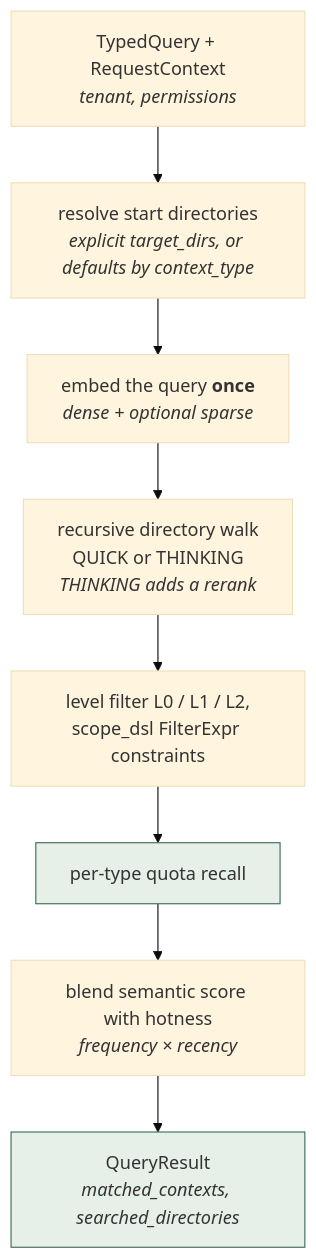
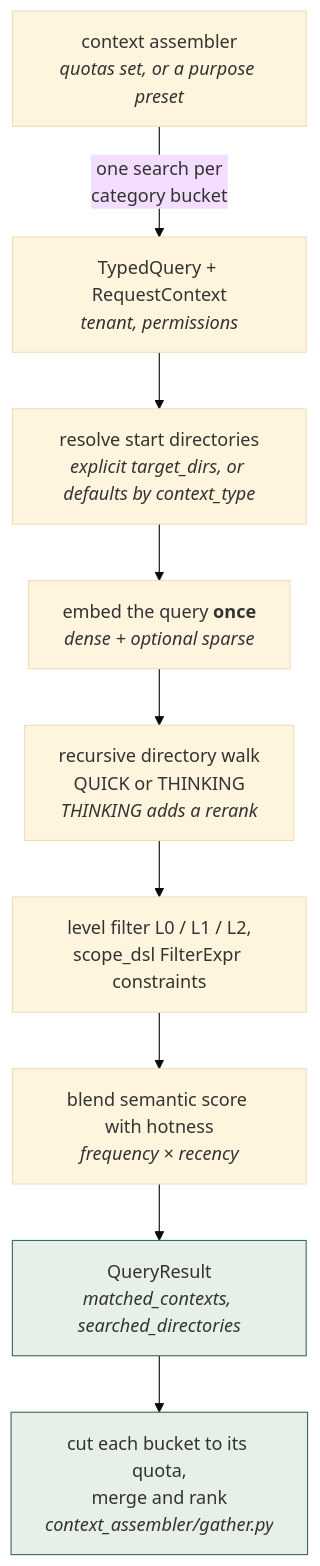
Before and after one commit to neoneye/agent-memory-atlas: the first of 2 diagrams in content/systems/openviking.md, drawn with Mermaid (base theme). The commit also changed other lines of this file and 99 other files, not shown here.

````diff
--- a/content/systems/openviking.md
+++ b/content/systems/openviking.md
@@ -81,14 +81,15 @@
 ```mermaid
-%% caption: the query is embedded once and reused down a recursive directory walk, with per-type quotas before hotness is blended into the score
+%% caption: the query is embedded once and reused down a recursive directory walk with hotness blended in; when quotas are set, the context assembler runs one such search per category bucket and cuts each result to its quota
 flowchart TB
+    QA["context assembler<br/><i>quotas set, or a purpose preset</i>"] -->|"one search per<br/>category bucket"| Q
     Q["TypedQuery + RequestContext<br/><i>tenant, permissions</i>"] --> DIR["resolve start directories<br/><i>explicit target_dirs, or defaults by context_type</i>"]
     DIR --> EMB["embed the query <b>once</b><br/><i>dense + optional sparse</i>"]
     EMB --> WALK["recursive directory walk<br/>QUICK or THINKING<br/><i>THINKING adds a rerank</i>"]
     WALK --> FIL["level filter L0 / L1 / L2,<br/>scope_dsl FilterExpr constraints"]
-    FIL --> QUO["per-type quota recall"]
-    QUO --> BL["blend semantic score with hotness<br/><i>frequency × recency</i>"]
+    FIL --> BL["blend semantic score with hotness<br/><i>frequency × recency</i>"]
     BL --> R["QueryResult<br/><i>matched_contexts, searched_directories</i>"]
+    R --> QUO["cut each bucket to its quota,<br/>merge and rank<br/><i>context_assembler/gather.py</i>"]
 
     style QUO fill:#e7efe9,stroke:#3d6b59
     style R fill:#e7efe9,stroke:#3d6b59
 ```
````
